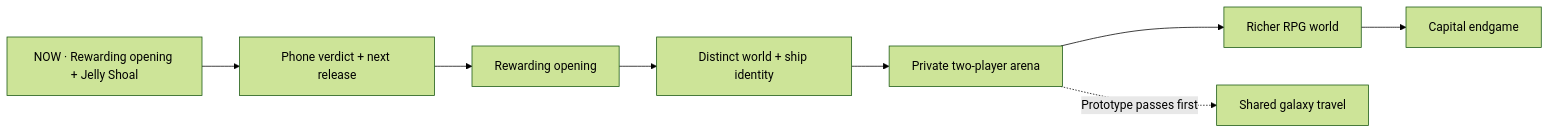
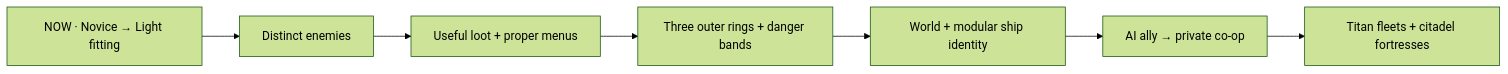
Before and after one commit to Lycheetah/black-current: the diagram in docs/PLAN.md, drawn with Mermaid (forest theme). The commit also changed other lines of this file and 23 other files, not shown here.

````diff
--- a/docs/PLAN.md
+++ b/docs/PLAN.md
@@ -25,10 +25,9 @@
 ```mermaid
 flowchart LR
-  A["NOW · Rewarding opening + Jelly Shoal"] --> B["Phone verdict + next release"]
-  B --> C["Rewarding opening"]
-  C --> D["Distinct world + ship identity"]
-  D --> E["Private two-player arena"]
-  E --> F["Richer RPG world"]
-  F --> G["Capital endgame"]
-  E -. "Prototype passes first" .-> H["Shared galaxy travel"]
+  A["NOW · Novice → Light fitting"] --> B["Distinct enemies"]
+  B --> C["Useful loot + proper menus"]
+  C --> D["Three outer rings + danger bands"]
+  D --> E["World + modular ship identity"]
+  E --> F["AI ally → private co-op"]
+  F --> G["Titan fleets + citadel fortresses"]
 ```
````
